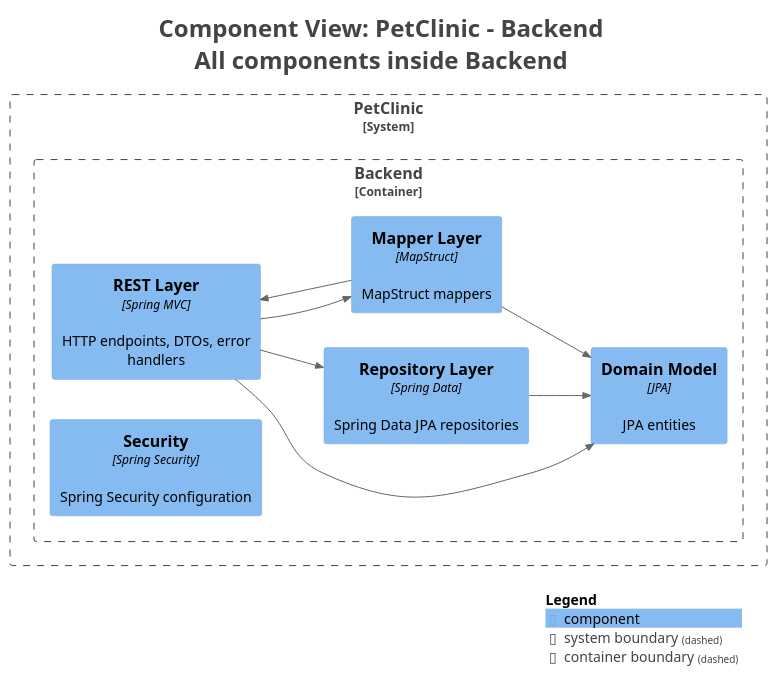
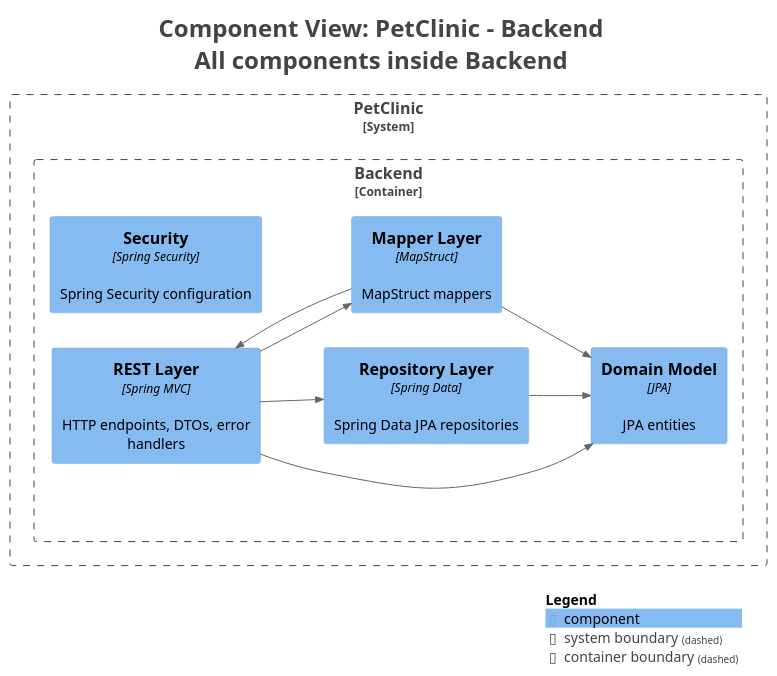
The diagram in petclinic-backend/docs/generated/c4views/C3-Components-All.puml (victorrentea/petclinic), drawn with PlantUML before and after one commit. The commit also changed other lines of this file and 9 other files, not shown here.

```diff
--- a/petclinic-backend/docs/generated/c4views/C3-Components-All.puml
+++ b/petclinic-backend/docs/generated/c4views/C3-Components-All.puml
@@ -1,38 +1,38 @@
 @startuml
 title <size:24>Component View: PetClinic - Backend</size>\n<size:24>All components inside Backend</size>
 
 set separator none
 left to right direction
 
 <style>
   root {
     BackgroundColor: #ffffff
     FontColor: #444444
   }
 </style>
 
 !include <C4/C4>
 !include <C4/C4_Context>
 !include <C4/C4_Component>
 
 System_Boundary("PetClinic_boundary", "PetClinic", $tags="") {
   Container_Boundary("PetClinic.Backend_boundary", "Backend", $tags="") {
+    Component(PetClinic.Backend.Security, "Security", $techn="Spring Security", $descr="Spring Security configuration", $tags="", $link="")
     Component(PetClinic.Backend.RESTLayer, "REST Layer", $techn="Spring MVC", $descr="HTTP endpoints, DTOs, error handlers", $tags="", $link="")
     Component(PetClinic.Backend.DomainModel, "Domain Model", $techn="JPA", $descr="JPA entities", $tags="", $link="")
     Component(PetClinic.Backend.RepositoryLayer, "Repository Layer", $techn="Spring Data", $descr="Spring Data JPA repositories", $tags="", $link="")
     Component(PetClinic.Backend.MapperLayer, "Mapper Layer", $techn="MapStruct", $descr="MapStruct mappers", $tags="", $link="")
-    Component(PetClinic.Backend.Security, "Security", $techn="Spring Security", $descr="Spring Security configuration", $tags="", $link="")
   }
 
 }
 
+Rel(PetClinic.Backend.RESTLayer, PetClinic.Backend.MapperLayer, "", $techn="", $tags="", $link="")
+Rel(PetClinic.Backend.RESTLayer, PetClinic.Backend.DomainModel, "", $techn="", $tags="", $link="")
+Rel(PetClinic.Backend.RESTLayer, PetClinic.Backend.RepositoryLayer, "", $techn="", $tags="", $link="")
+Rel(PetClinic.Backend.MapperLayer, PetClinic.Backend.RESTLayer, "", $techn="", $tags="", $link="")
 Rel(PetClinic.Backend.MapperLayer, PetClinic.Backend.DomainModel, "", $techn="", $tags="", $link="")
-Rel(PetClinic.Backend.MapperLayer, PetClinic.Backend.RESTLayer, "", $techn="", $tags="", $link="")
-Rel(PetClinic.Backend.RESTLayer, PetClinic.Backend.DomainModel, "", $techn="", $tags="", $link="")
-Rel(PetClinic.Backend.RESTLayer, PetClinic.Backend.MapperLayer, "", $techn="", $tags="", $link="")
-Rel(PetClinic.Backend.RESTLayer, PetClinic.Backend.RepositoryLayer, "", $techn="", $tags="", $link="")
 Rel(PetClinic.Backend.RepositoryLayer, PetClinic.Backend.DomainModel, "", $techn="", $tags="", $link="")
 
 SHOW_LEGEND(true)
 hide stereotypes
 @enduml
```
